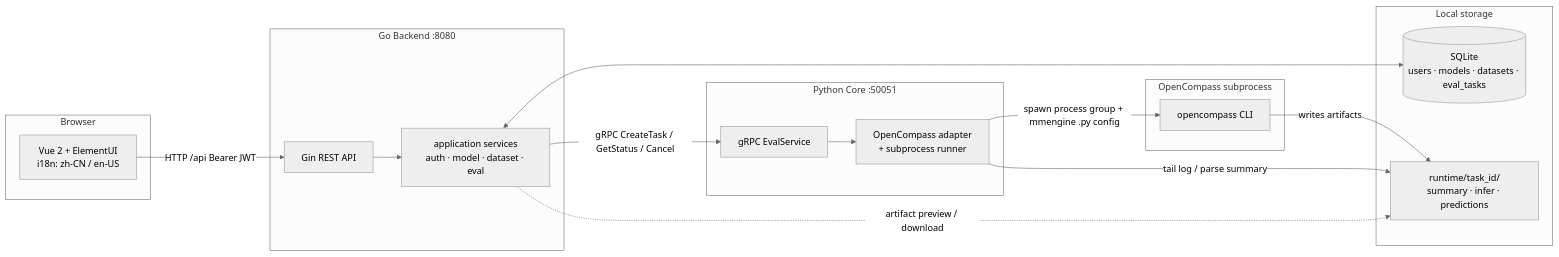
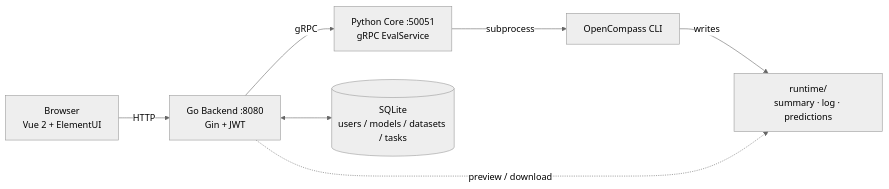
One commit to waterkokoro/eval-dominator changed the diagram in README.en.md. Above: the diagram before and after it, drawn with Mermaid (neutral theme). The commit also changed other lines of this file and 1 other file, not shown here.

````diff
--- a/README.en.md
+++ b/README.en.md
@@ -80,35 +42,16 @@
 ```mermaid
 flowchart LR
-    subgraph browser ["Browser"]
-      UI["Vue 2 + ElementUI<br/>i18n: zh-CN / en-US"]
-    end
+    UI["Browser<br/>Vue 2 + ElementUI"]
+    BE["Go Backend :8080<br/>Gin + JWT"]
+    Core["Python Core :50051<br/>gRPC EvalService"]
+    OC["OpenCompass CLI"]
+    DB[("SQLite<br/>users / models / datasets / tasks")]
+    FS["runtime/<br/>summary · log · predictions"]
 
-    subgraph backend ["Go Backend :8080"]
-      Gin["Gin REST API"]
-      AppSvc["application services<br/>auth · model · dataset · eval"]
-    end
-
-    subgraph core ["Python Core :50051"]
-      Grpc["gRPC EvalService"]
-      Adapter["OpenCompass adapter<br/>+ subprocess runner"]
-    end
-
-    subgraph oc ["OpenCompass subprocess"]
-      Cli["opencompass CLI"]
-    end
-
-    subgraph storage ["Local storage"]
-      DB[("SQLite<br/>users · models · datasets · eval_tasks")]
-      FS["runtime/task_id/<br/>summary · infer · predictions"]
-    end
-
-    UI -->|"HTTP /api Bearer JWT"| Gin
-    Gin --> AppSvc
-    AppSvc <--> DB
-    AppSvc -->|"gRPC CreateTask / GetStatus / Cancel"| Grpc
-    Grpc --> Adapter
-    Adapter -->|"spawn process group + mmengine .py config"| Cli
-    Cli -->|"writes artifacts"| FS
-    Adapter -->|"tail log / parse summary"| FS
-    AppSvc -.->|"artifact preview / download"| FS
+    UI -->|HTTP| BE
+    BE <--> DB
+    BE -->|gRPC| Core
+    Core -->|subprocess| OC
+    OC -->|writes| FS
+    BE -.->|preview / download| FS
 ```
````
